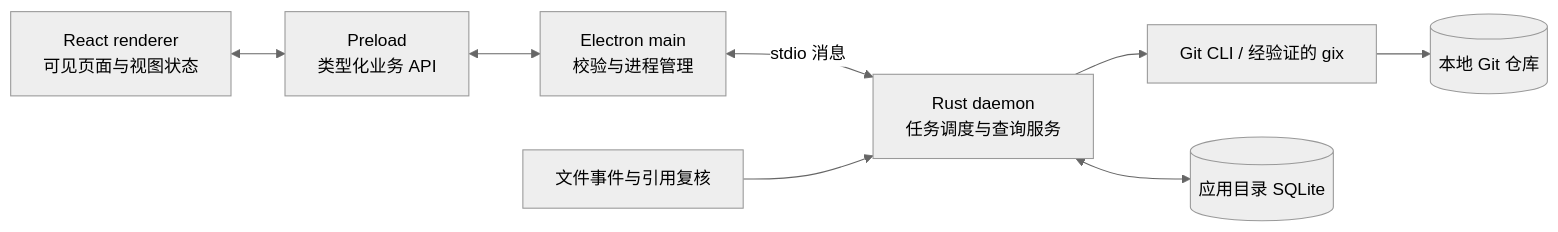
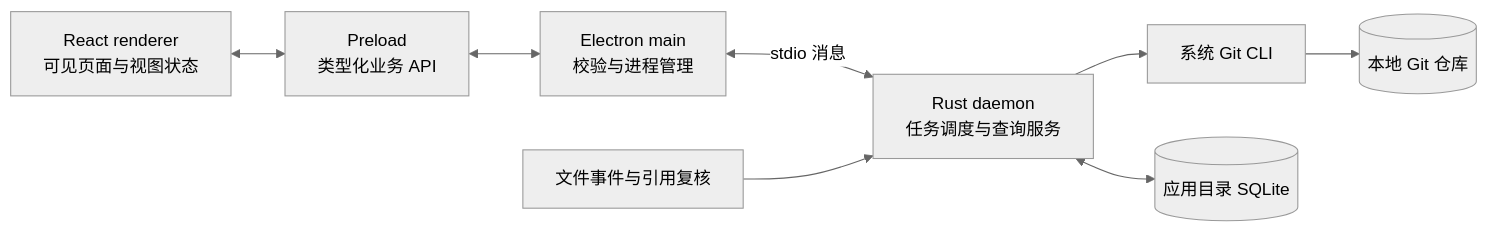
One commit to WatsonHS/cherrypeek changed the diagram in docs/ARCHITECTURE.md. Above: the diagram before and after it, drawn with Mermaid (neutral theme). The commit also changed other lines of this file and 9 other files, not shown here.

````diff
--- a/docs/ARCHITECTURE.md
+++ b/docs/ARCHITECTURE.md
@@ -23,10 +23,10 @@
 ```mermaid
 flowchart LR
     UI[React renderer<br/>可见页面与视图状态] <--> Bridge[Preload<br/>类型化业务 API]
     Bridge <--> Main[Electron main<br/>校验与进程管理]
     Main <-->|stdio 消息| Daemon[Rust daemon<br/>任务调度与查询服务]
-    Daemon --> Git[Git CLI / 经验证的 gix]
+    Daemon --> Git[系统 Git CLI]
     Git --> Repo[(本地 Git 仓库)]
     Daemon <--> DB[(应用目录 SQLite)]
     Watch[文件事件与引用复核] --> Daemon
 ```
````
